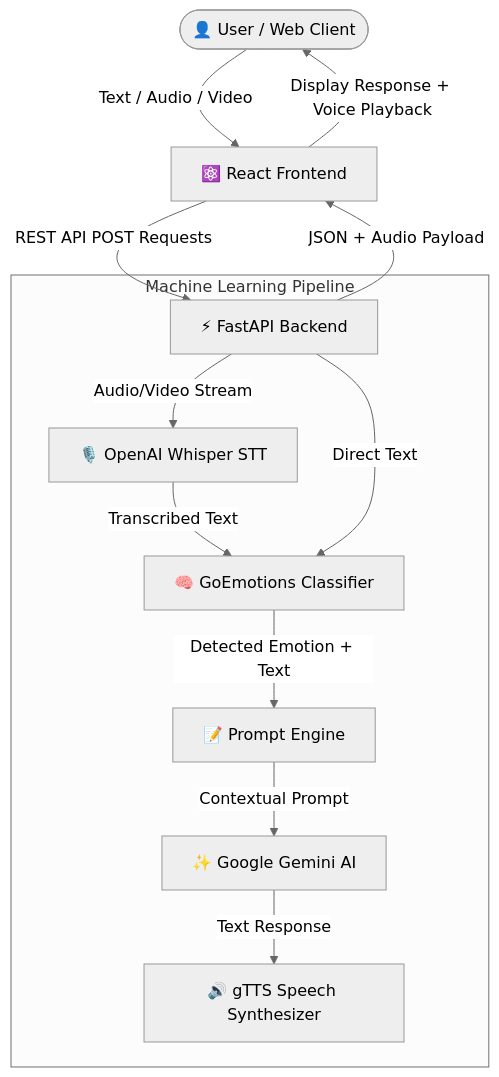
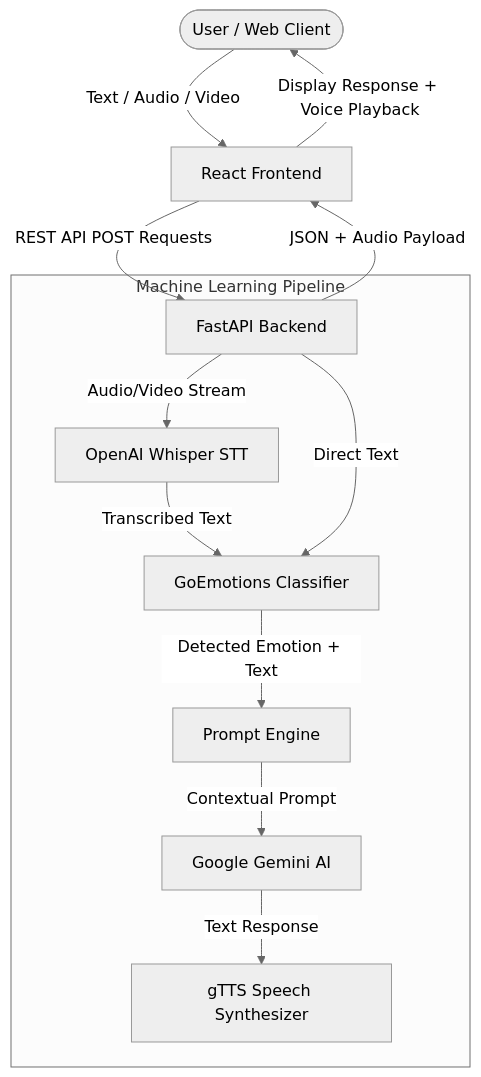
One commit to abh1ramkr/Healio changed the diagram in README.md. Above: the diagram before and after it, drawn with Mermaid (neutral theme). The commit also changed other lines of this file, not shown here.

````diff
--- a/README.md
+++ b/README.md
@@ -34,17 +34,17 @@
 ```mermaid
 graph TD
-    User([👤 User / Web Client]) -->|Text / Audio / Video| ReactApp[⚛️ React Frontend]
-    ReactApp -->|REST API POST Requests| FastAPI[⚡ FastAPI Backend]
+    User([User / Web Client]) -->|Text / Audio / Video| ReactApp[React Frontend]
+    ReactApp -->|REST API POST Requests| FastAPI[FastAPI Backend]
     
     subgraph Machine Learning Pipeline
-        FastAPI -->|Audio/Video Stream| Whisper[🎙️ OpenAI Whisper STT]
-        Whisper -->|Transcribed Text| GoEmotions[🧠 GoEmotions Classifier]
+        FastAPI -->|Audio/Video Stream| Whisper[OpenAI Whisper STT]
+        Whisper -->|Transcribed Text| GoEmotions[GoEmotions Classifier]
         FastAPI -->|Direct Text| GoEmotions
-        GoEmotions -->|Detected Emotion + Text| PromptBuilder[📝 Prompt Engine]
-        PromptBuilder -->|Contextual Prompt| Gemini[✨ Google Gemini AI]
-        Gemini -->|Text Response| TTS[🔊 gTTS Speech Synthesizer]
+        GoEmotions -->|Detected Emotion + Text| PromptBuilder[Prompt Engine]
+        PromptBuilder -->|Contextual Prompt| Gemini[Google Gemini AI]
+        Gemini -->|Text Response| TTS[gTTS Speech Synthesizer]
     end
 
     FastAPI -->|JSON + Audio Payload| ReactApp
     ReactApp -->|Display Response + Voice Playback| User
 ```
````
